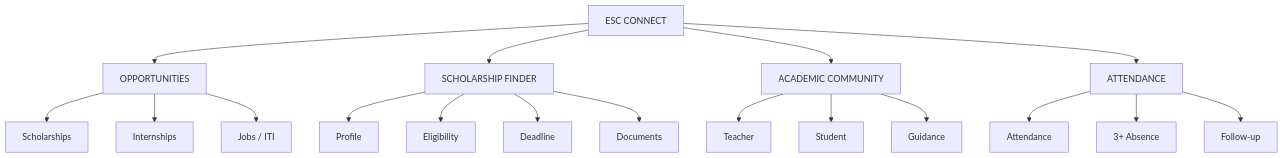
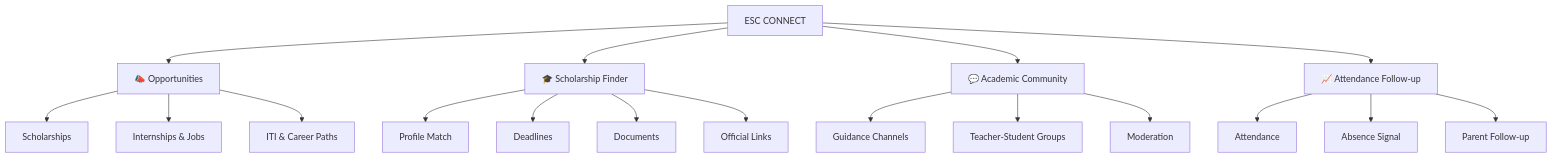
Before and after one commit to mahik2007/hackathon: the second of 23 diagrams in README.md, drawn with Mermaid. The commit also changed other lines of this file, not shown here.

````diff
--- a/README.md
+++ b/README.md
@@ -33,21 +44,21 @@
 ```mermaid
 flowchart TB
     E[ESC CONNECT]
-    E --> O[OPPORTUNITIES]
-    E --> S[SCHOLARSHIP FINDER]
-    E --> C[ACADEMIC COMMUNITY]
-    E --> A[ATTENDANCE]
+    E --> O[📣 Opportunities]
+    E --> S[🎓 Scholarship Finder]
+    E --> C[💬 Academic Community]
+    E --> A[📈 Attendance Follow-up]
     O --> O1[Scholarships]
-    O --> O2[Internships]
-    O --> O3[Jobs / ITI]
-    S --> S1[Profile]
-    S --> S2[Eligibility]
-    S --> S3[Deadline]
-    S --> S4[Documents]
-    C --> C1[Teacher]
-    C --> C2[Student]
-    C --> C3[Guidance]
+    O --> O2[Internships & Jobs]
+    O --> O3[ITI & Career Paths]
+    S --> S1[Profile Match]
+    S --> S2[Deadlines]
+    S --> S3[Documents]
+    S --> S4[Official Links]
+    C --> C1[Guidance Channels]
+    C --> C2[Teacher-Student Groups]
+    C --> C3[Moderation]
     A --> A1[Attendance]
-    A --> A2[3+ Absence]
-    A --> A3[Follow-up]
+    A --> A2[Absence Signal]
+    A --> A3[Parent Follow-up]
 ```
````
